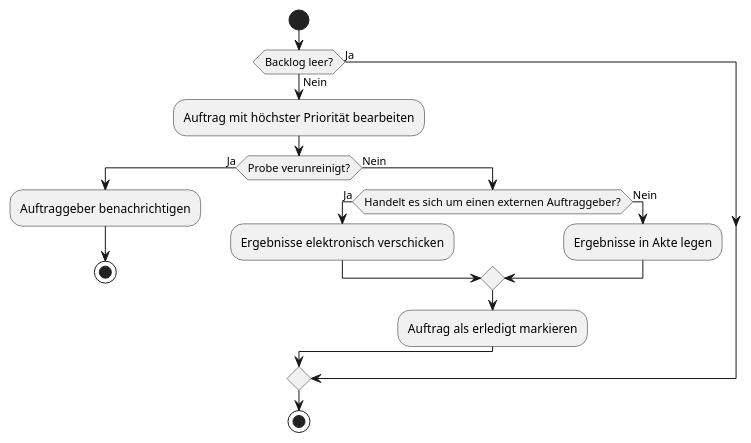
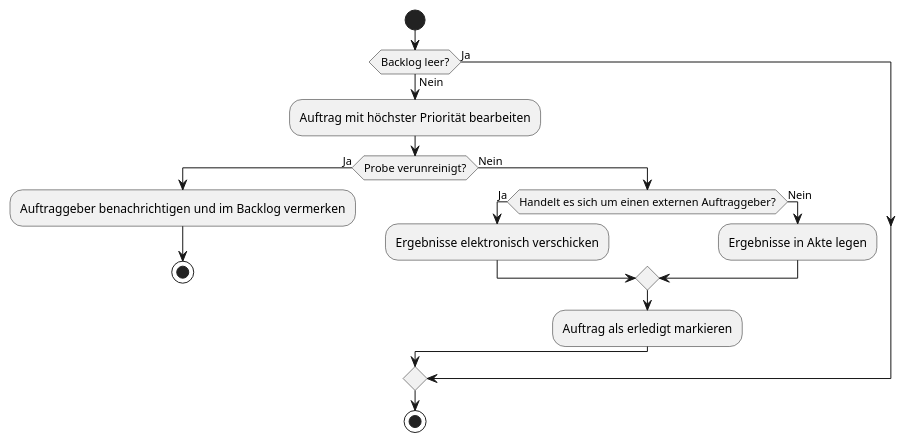
Before and after one commit to helenlaible/ss23-kba-project: the first of 11 diagrams in docs/2_planning/3_activity_diagrams.md, drawn with PlantUML.

````diff
--- a/docs/2_planning/3_activity_diagrams.md
+++ b/docs/2_planning/3_activity_diagrams.md
@@ -5,23 +5,23 @@
 ```plantuml Backlog bearbeiten
 @startuml
 start
 
 if (Backlog leer?) then (Ja)
 else (Nein)
   :Auftrag mit höchster Priorität bearbeiten;
   if (Probe verunreinigt?) then (Ja)
-    :Auftraggeber benachrichtigen;
+    :Auftraggeber benachrichtigen und im Backlog vermerken;
     stop
   else (Nein)
     if (Handelt es sich um einen externen Auftraggeber?) then (Ja)
       :Ergebnisse elektronisch verschicken;
     else (Nein)
       :Ergebnisse in Akte legen;
     endif
     :Auftrag als erledigt markieren;
   endif
 endif
 
 stop
 @enduml
 ```
````
